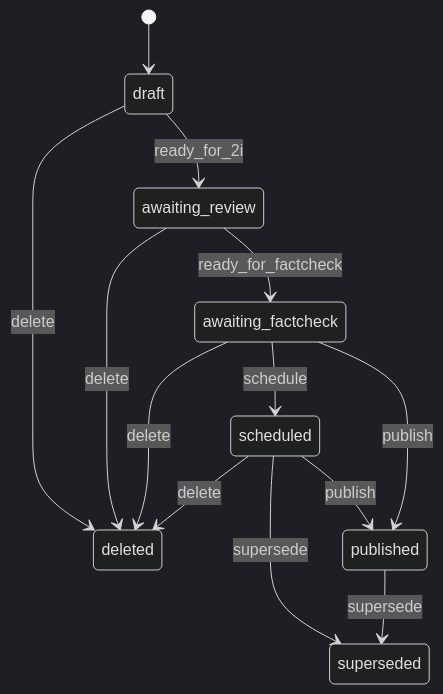
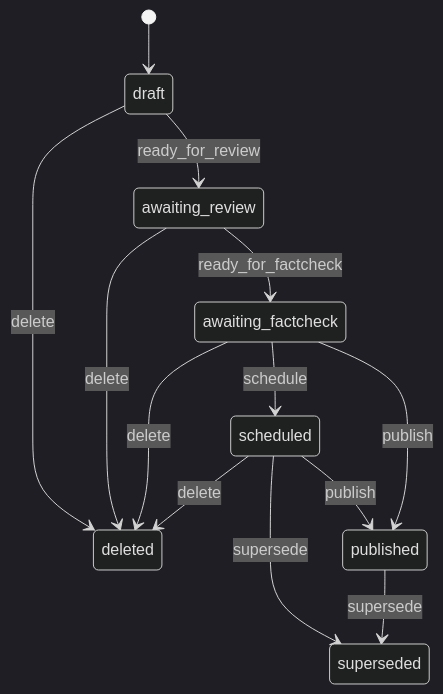
One commit to alphagov/content-block-manager changed the diagram in docs/edition_states.md. Above: the diagram before and after it, drawn with Mermaid (dark theme). The commit also changed other lines of this file and 9 other files, not shown here.

Commit message:
Rename 'ready_for_2i' to 'ready_for_review'

````diff
--- a/docs/edition_states.md
+++ b/docs/edition_states.md
@@ -5,19 +5,19 @@
 ```mermaid
 stateDiagram-v2
     [*] --> draft
 
     draft --> deleted: delete
     awaiting_review --> deleted: delete
     awaiting_factcheck --> deleted: delete
     scheduled --> deleted: delete
 
-    draft --> awaiting_review: ready_for_2i
+    draft --> awaiting_review: ready_for_review
     awaiting_review --> awaiting_factcheck: ready_for_factcheck
     awaiting_factcheck --> scheduled: schedule
 
     scheduled --> superseded: supersede
     published --> superseded: supersede
 
     scheduled --> published: publish
     awaiting_factcheck --> published: publish
 ```
````
